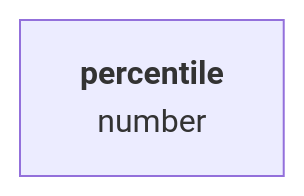
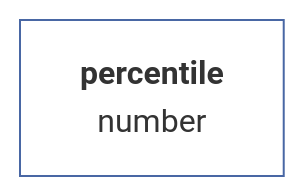
One commit to muzikp/retusa changed the tenth of 23 diagrams in docs/en-GB/vector.md. Above: the diagram before and after it, drawn with Mermaid. The commit also changed other lines of this file and 17 other files, not shown here.

````diff
--- a/docs/en-GB/vector.md
+++ b/docs/en-GB/vector.md
@@ -264,4 +291,7 @@
 ```mermaid
 graph TD
-A[<b>percentile<br></b>number]
+percentile[<b>percentile<br></b>number]
+style percentile fill:#FFFFFF;
+style percentile stroke:#4967A4;
+
 ```
````
